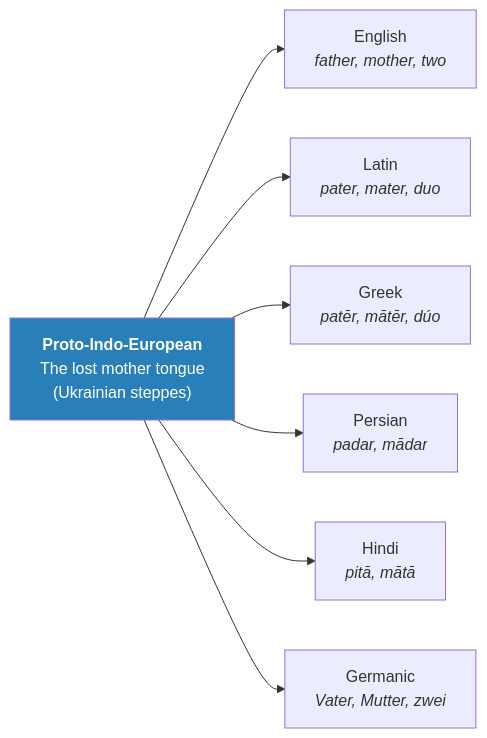
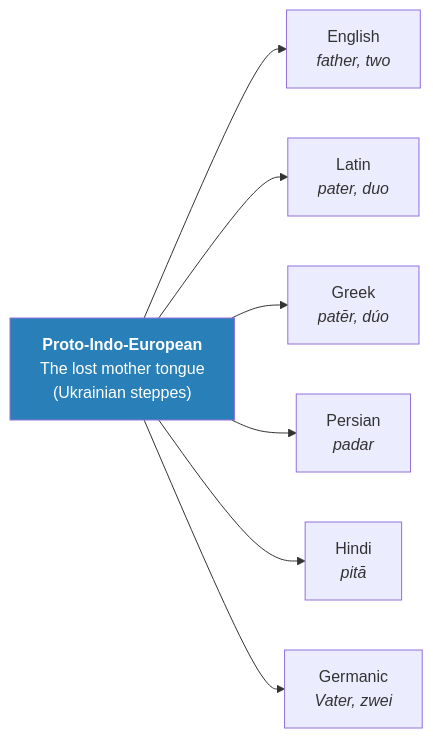
Before and after one commit to alius33/reader: the first of 8 diagrams in summaries/Lectures/Civilization/04 - The Paradise Lost of Marija Gimbutas.md, drawn with Mermaid. The commit also changed other lines of this file and 26 other files, not shown here.

````diff
--- a/summaries/Lectures/Civilization/04 - The Paradise Lost of Marija Gimbutas.md
+++ b/summaries/Lectures/Civilization/04 - The Paradise Lost of Marija Gimbutas.md
@@ -74,10 +77,10 @@
 ```mermaid
 flowchart LR
-    PIE["<b>Proto-Indo-European</b><br/>The lost mother tongue<br/>(Ukrainian steppes)"] --> EN["English<br/><i>father, mother, two</i>"]
-    PIE --> LAT["Latin<br/><i>pater, mater, duo</i>"]
-    PIE --> GRK["Greek<br/><i>patēr, mātēr, dúo</i>"]
-    PIE --> PER["Persian<br/><i>padar, mādar</i>"]
-    PIE --> HIN["Hindi<br/><i>pitā, mātā</i>"]
-    PIE --> GER["Germanic<br/><i>Vater, Mutter, zwei</i>"]
+    PIE["<b>Proto-Indo-European</b><br/>The lost mother tongue<br/>(Ukrainian steppes)"] --> EN["English<br/><i>father, two</i>"]
+    PIE --> LAT["Latin<br/><i>pater, duo</i>"]
+    PIE --> GRK["Greek<br/><i>patēr, dúo</i>"]
+    PIE --> PER["Persian<br/><i>padar</i>"]
+    PIE --> HIN["Hindi<br/><i>pitā</i>"]
+    PIE --> GER["Germanic<br/><i>Vater, zwei</i>"]
     style PIE fill:#2980b9,color:#fff
 ```
````
